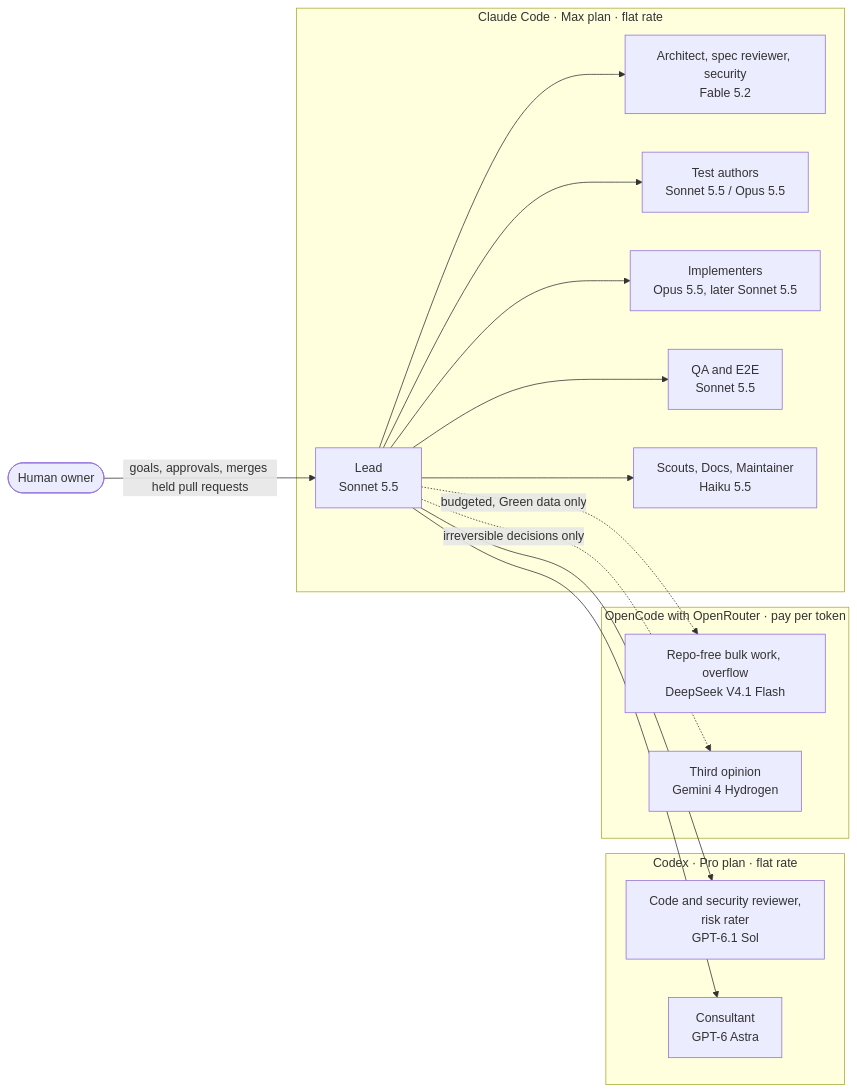
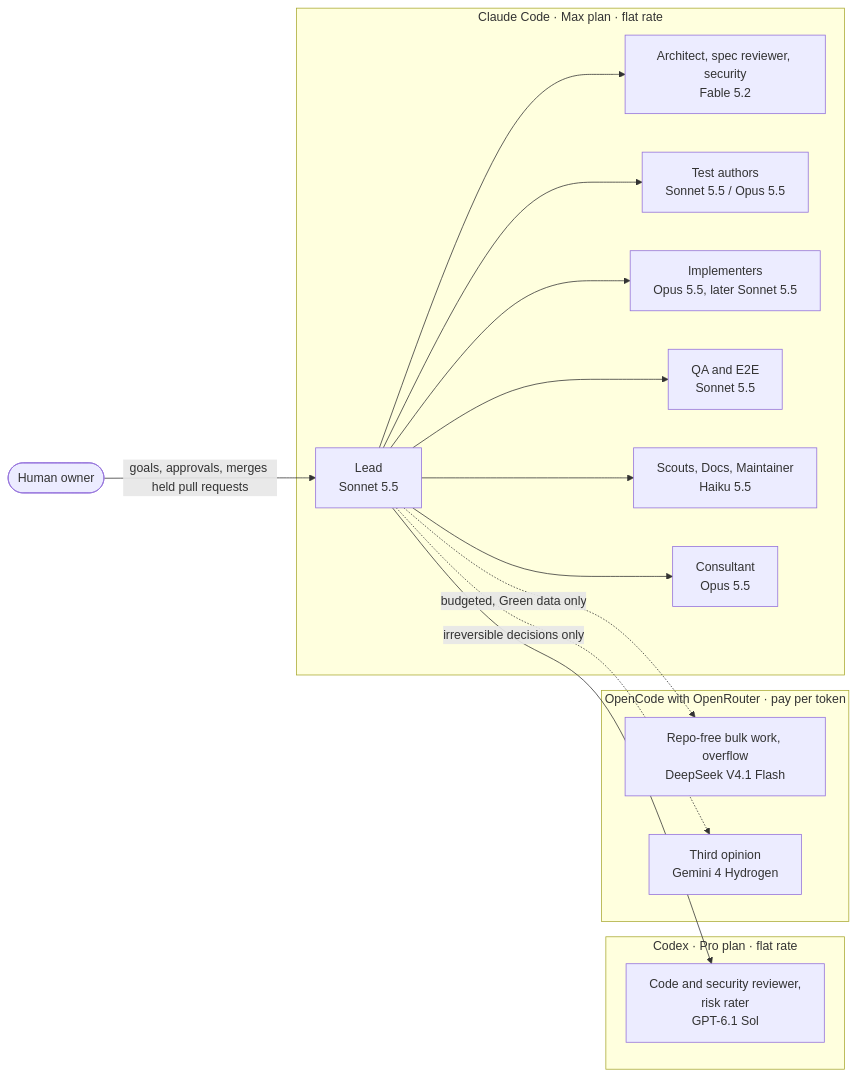
One commit to gerdschaeffer/t3-agentic-coding changed the first of 12 diagrams in CONCEPT.md. Above: the diagram before and after it, drawn with Mermaid. The commit also changed other lines of this file, not shown here.

````diff
--- a/CONCEPT.md
+++ b/CONCEPT.md
@@ -48,30 +48,30 @@
 ```mermaid
 flowchart LR
     H(["Human owner"])
     subgraph CC["Claude Code · Max plan · flat rate"]
         L["Lead<br/>Sonnet 5.5"]
         A["Architect, spec reviewer, security<br/>Fable 5.2"]
         T["Test authors<br/>Sonnet 5.5 / Opus 5.5"]
         I["Implementers<br/>Opus 5.5, later Sonnet 5.5"]
         Q["QA and E2E<br/>Sonnet 5.5"]
         S["Scouts, Docs, Maintainer<br/>Haiku 5.5"]
+        C["Consultant<br/>Opus 5.5"]
     end
     subgraph CX["Codex · Pro plan · flat rate"]
         R["Code and security reviewer,<br/>risk rater<br/>GPT-6.1 Sol"]
-        C["Consultant<br/>GPT-6 Astra"]
     end
     subgraph OR["OpenCode with OpenRouter · pay per token"]
         B["Repo-free bulk work, overflow<br/>DeepSeek V4.1 Flash"]
         G["Third opinion<br/>Gemini 4 Hydrogen"]
     end
     H -- "goals, approvals, merges held pull requests" --> L
     L --> A
     L --> I
     L --> Q
     L --> S
     L --> R
     L --> T
     L --> C
     L -. "budgeted, Green data only" .-> B
     L -. "irreversible decisions only" .-> G
 ```
````
